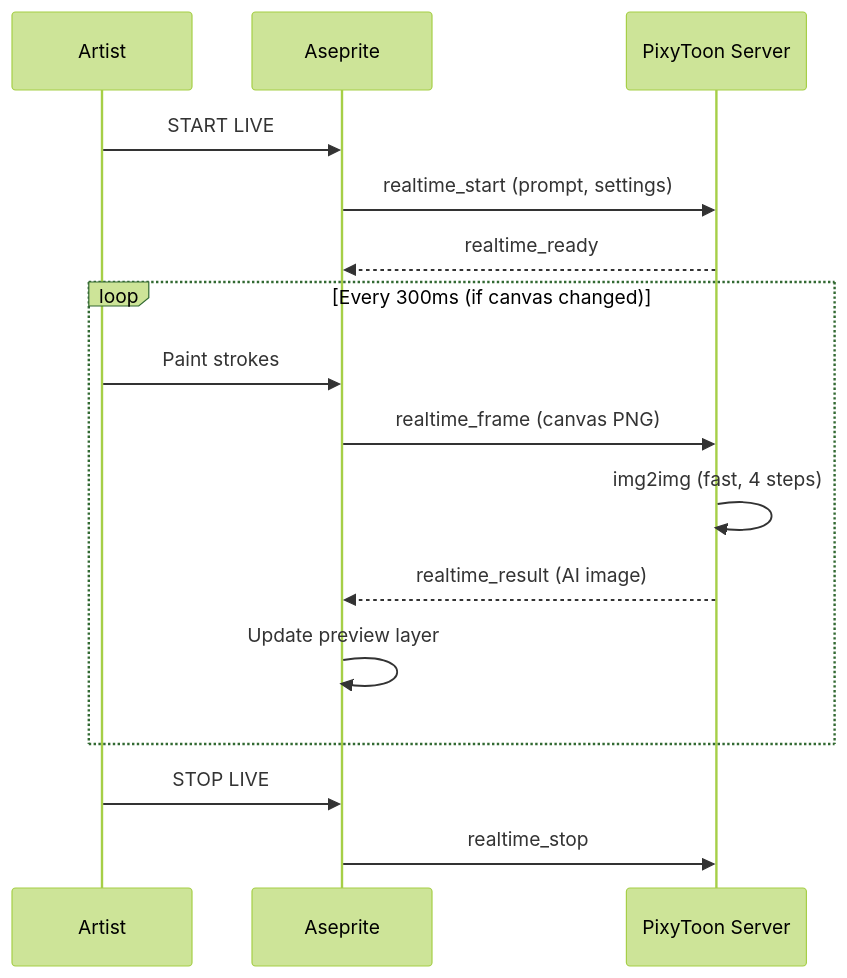
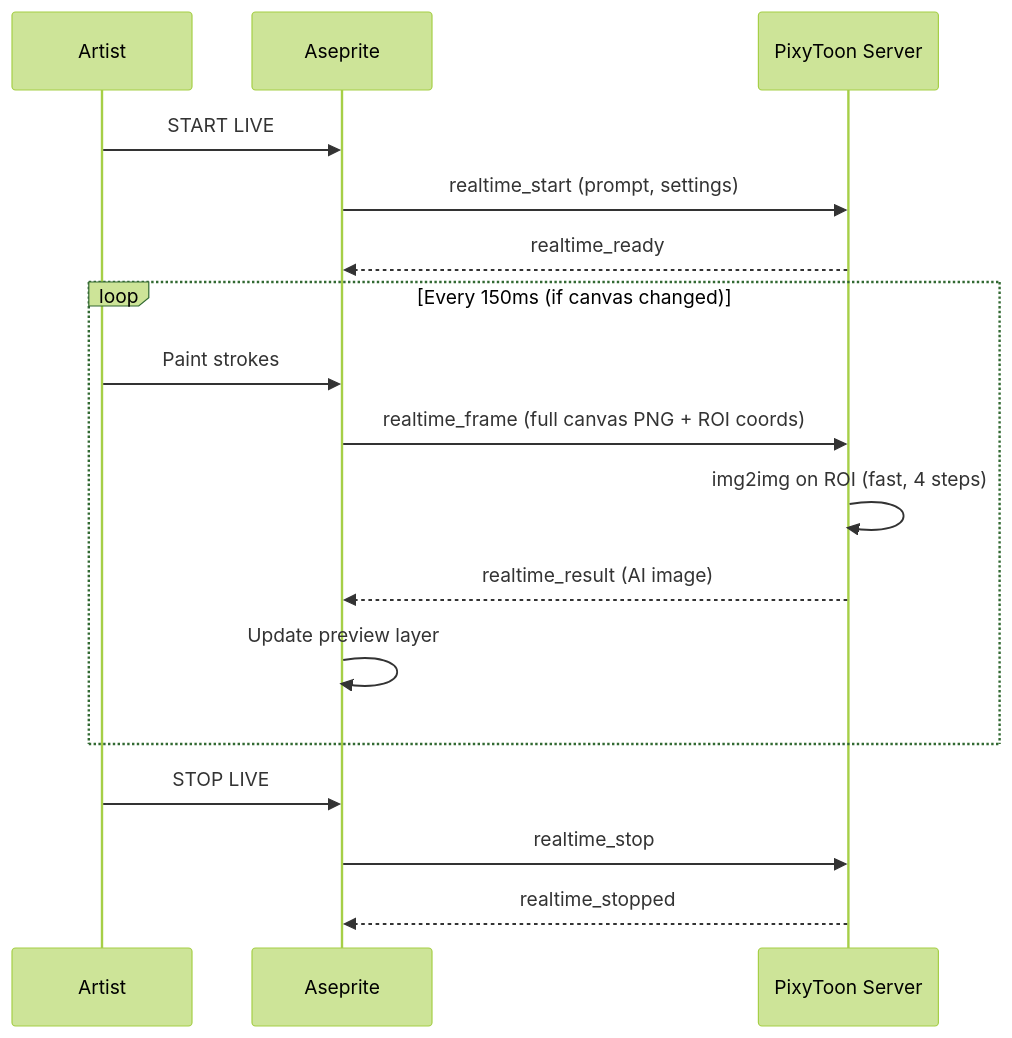
Before and after one commit to FeelTheFonk/SDDj: the first of 2 diagrams in docs/LIVE-PAINT.md, drawn with Mermaid (forest theme). The commit also changed other lines of this file and 26 other files, not shown here.

````diff
--- a/docs/LIVE-PAINT.md
+++ b/docs/LIVE-PAINT.md
@@ -43,21 +43,22 @@
 ```mermaid
 sequenceDiagram
     participant You as Artist
     participant Aseprite
     participant Server as PixyToon Server
 
     You->>Aseprite: START LIVE
     Aseprite->>Server: realtime_start (prompt, settings)
     Server-->>Aseprite: realtime_ready
 
-    loop Every 300ms (if canvas changed)
+    loop Every 150ms (if canvas changed)
         You->>Aseprite: Paint strokes
-        Aseprite->>Server: realtime_frame (canvas PNG)
-        Server->>Server: img2img (fast, 4 steps)
+        Aseprite->>Server: realtime_frame (full canvas PNG + ROI coords)
+        Server->>Server: img2img on ROI (fast, 4 steps)
         Server-->>Aseprite: realtime_result (AI image)
         Aseprite->>Aseprite: Update preview layer
     end
 
     You->>Aseprite: STOP LIVE
     Aseprite->>Server: realtime_stop
+    Server-->>Aseprite: realtime_stopped
 ```
````
